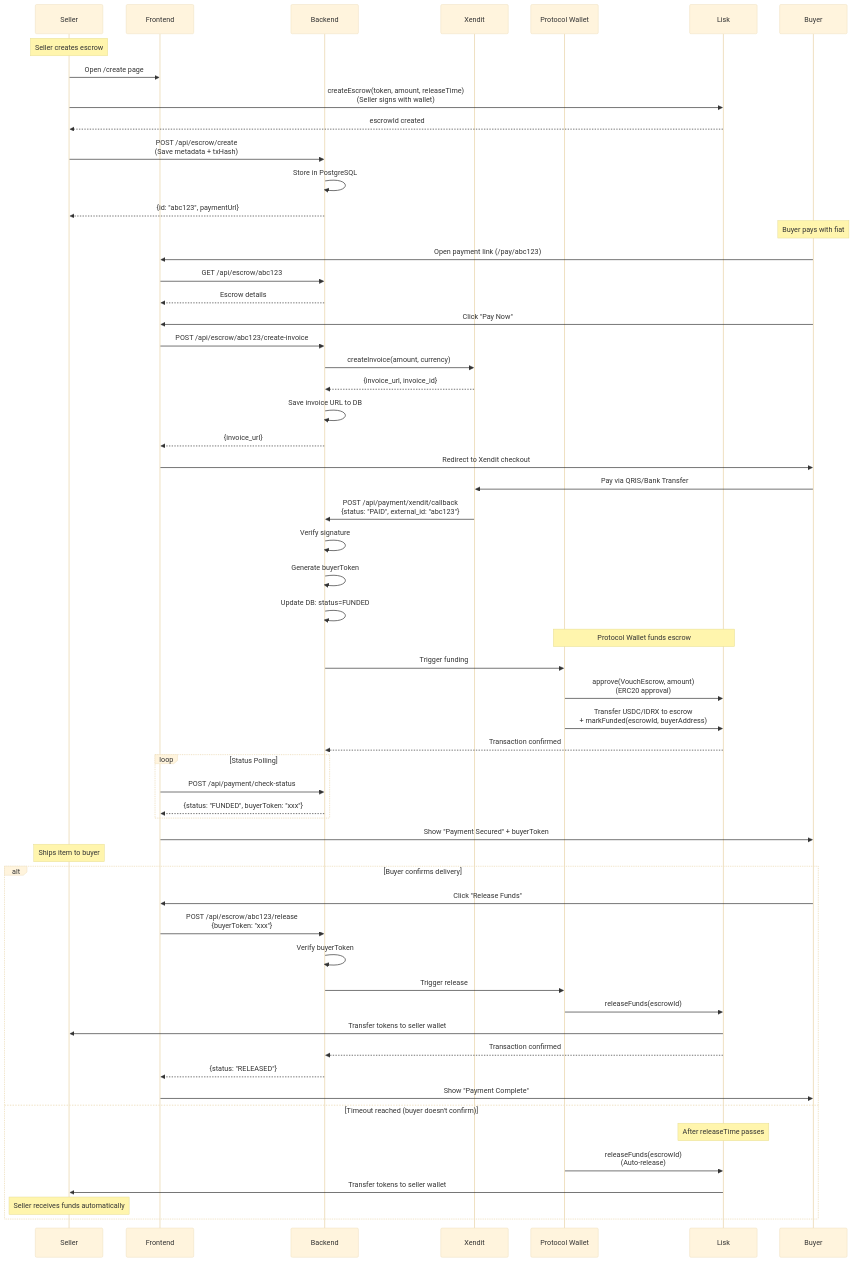
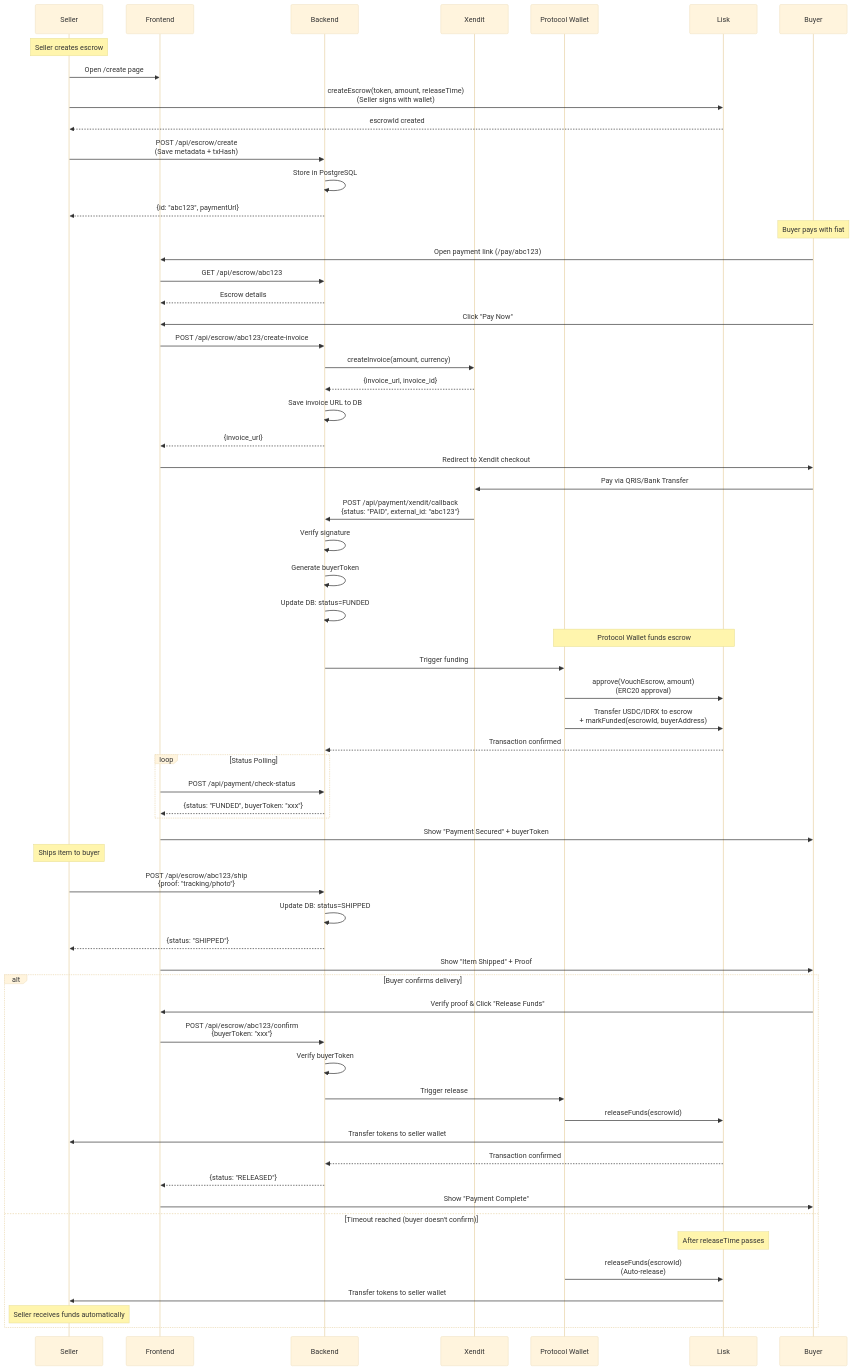
One commit to pramadanif/vouch changed the third of 4 diagrams in README.md. Above: the diagram before and after it, drawn with Mermaid (base theme). The commit also changed other lines of this file and 27 other files, not shown here.

````diff
--- a/README.md
+++ b/README.md
@@ -309,70 +309,74 @@
 ```mermaid
 sequenceDiagram
     participant Seller
     participant Frontend
     participant Backend
     participant Xendit
     participant ProtocolWallet as Protocol Wallet
     participant Lisk
     participant Buyer
 
     Note over Seller: Seller creates escrow
     Seller->>Frontend: Open /create page
     Seller->>Lisk: createEscrow(token, amount, releaseTime)<br/>(Seller signs with wallet)
     Lisk-->>Seller: escrowId created
     Seller->>Backend: POST /api/escrow/create<br/>(Save metadata + txHash)
     Backend->>Backend: Store in PostgreSQL
     Backend-->>Seller: {id: "abc123", paymentUrl}
     
     Note over Buyer: Buyer pays with fiat
     Buyer->>Frontend: Open payment link (/pay/abc123)
     Frontend->>Backend: GET /api/escrow/abc123
     Backend-->>Frontend: Escrow details
 
     Buyer->>Frontend: Click "Pay Now"
     Frontend->>Backend: POST /api/escrow/abc123/create-invoice
     Backend->>Xendit: createInvoice(amount, currency)
     Xendit-->>Backend: {invoice_url, invoice_id}
     Backend->>Backend: Save invoice URL to DB
     Backend-->>Frontend: {invoice_url}
     
     Frontend->>Buyer: Redirect to Xendit checkout
     Buyer->>Xendit: Pay via QRIS/Bank Transfer
     Xendit->>Backend: POST /api/payment/xendit/callback<br/>{status: "PAID", external_id: "abc123"}
     
     Backend->>Backend: Verify signature
     Backend->>Backend: Generate buyerToken
     Backend->>Backend: Update DB: status=FUNDED
     
     Note over ProtocolWallet,Lisk: Protocol Wallet funds escrow
     Backend->>ProtocolWallet: Trigger funding
     ProtocolWallet->>Lisk: approve(VouchEscrow, amount)<br/>(ERC20 approval)
     ProtocolWallet->>Lisk: Transfer USDC/IDRX to escrow<br/>+ markFunded(escrowId, buyerAddress)
     Lisk-->>Backend: Transaction confirmed
     
     loop Status Polling
         Frontend->>Backend: POST /api/payment/check-status
         Backend-->>Frontend: {status: "FUNDED", buyerToken: "xxx"}
     end
     
     Frontend->>Buyer: Show "Payment Secured" + buyerToken
     
     Note over Seller: Ships item to buyer
+    Seller->>Backend: POST /api/escrow/abc123/ship<br/>{proof: "tracking/photo"}
+    Backend->>Backend: Update DB: status=SHIPPED
+    Backend-->>Seller: {status: "SHIPPED"}
+    Frontend->>Buyer: Show "Item Shipped" + Proof
     
     alt Buyer confirms delivery
-        Buyer->>Frontend: Click "Release Funds"
-        Frontend->>Backend: POST /api/escrow/abc123/release<br/>{buyerToken: "xxx"}
+        Buyer->>Frontend: Verify proof & Click "Release Funds"
+        Frontend->>Backend: POST /api/escrow/abc123/confirm<br/>{buyerToken: "xxx"}
         Backend->>Backend: Verify buyerToken
         Backend->>ProtocolWallet: Trigger release
         ProtocolWallet->>Lisk: releaseFunds(escrowId)
         Lisk->>Seller: Transfer tokens to seller wallet
         Lisk-->>Backend: Transaction confirmed
         Backend-->>Frontend: {status: "RELEASED"}
         Frontend->>Buyer: Show "Payment Complete"
     else Timeout reached (buyer doesn't confirm)
         Note over Lisk: After releaseTime passes
         ProtocolWallet->>Lisk: releaseFunds(escrowId)<br/>(Auto-release)
         Lisk->>Seller: Transfer tokens to seller wallet
         Note over Seller: Seller receives funds automatically
     end
 ```
````
